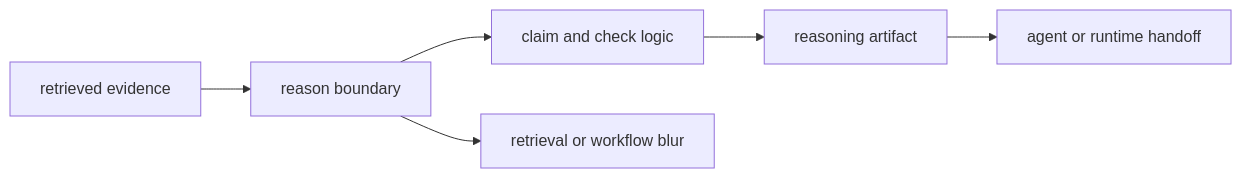
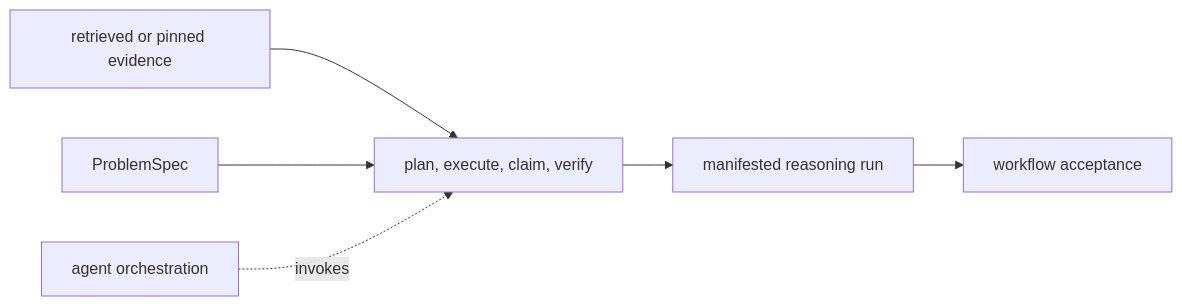
Before and after one commit to bijux/bijux-canon: the diagram in docs/04-bijux-canon-reason/foundation/index.md, drawn with Mermaid. The commit also changed other lines of this file and 3 other files, not shown here.

Commit message:
docs(reason): trace claims through verification evidence

````diff
--- a/docs/04-bijux-canon-reason/foundation/index.md
+++ b/docs/04-bijux-canon-reason/foundation/index.md
@@ -16,12 +19,14 @@
 ```mermaid
 flowchart LR
-    evidence["retrieved evidence"]
-    package["reason boundary"]
-    claim["claim and check logic"]
-    record["reasoning artifact"]
-    handoff["agent or runtime handoff"]
-    blur["retrieval or workflow blur"]
+    retrieval["retrieved or pinned evidence"]
+    spec["ProblemSpec"]
+    reason["plan, execute, claim, verify"]
+    bundle["manifested reasoning run"]
+    agent["agent orchestration"]
+    runtime["workflow acceptance"]
 
-    evidence --> package --> claim --> record --> handoff
-    package --> blur
+    retrieval --> reason
+    spec --> reason --> bundle
+    agent -. invokes .-> reason
+    bundle --> runtime
 ```
````
